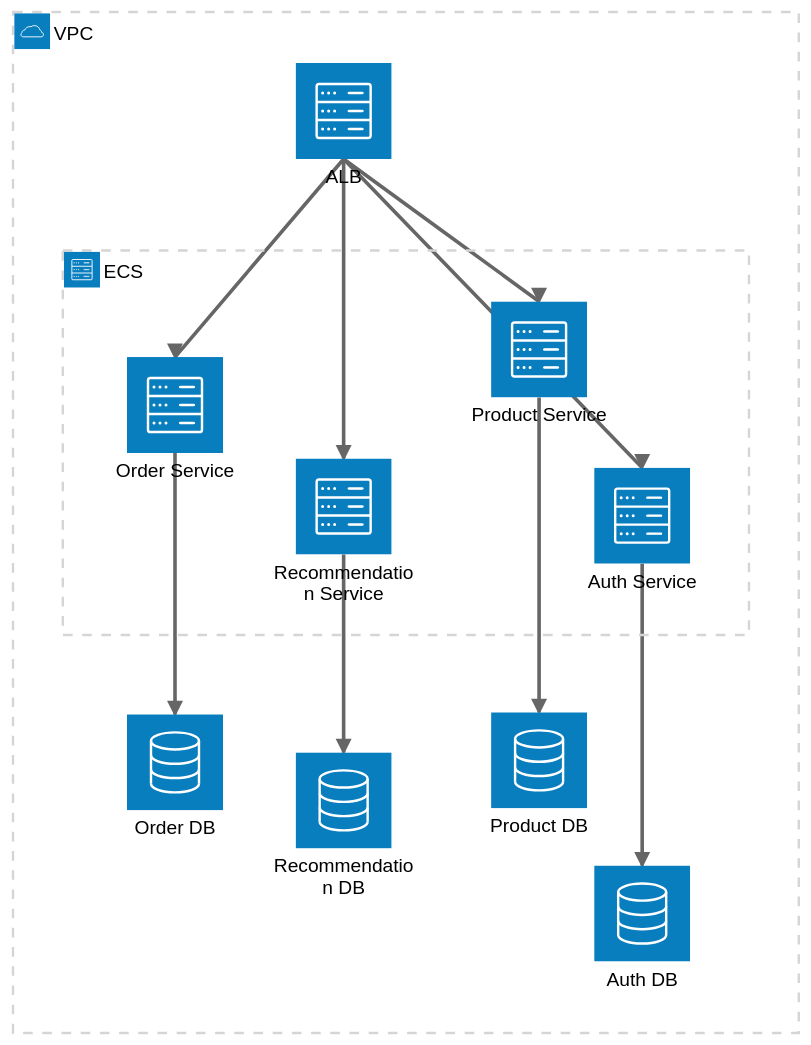
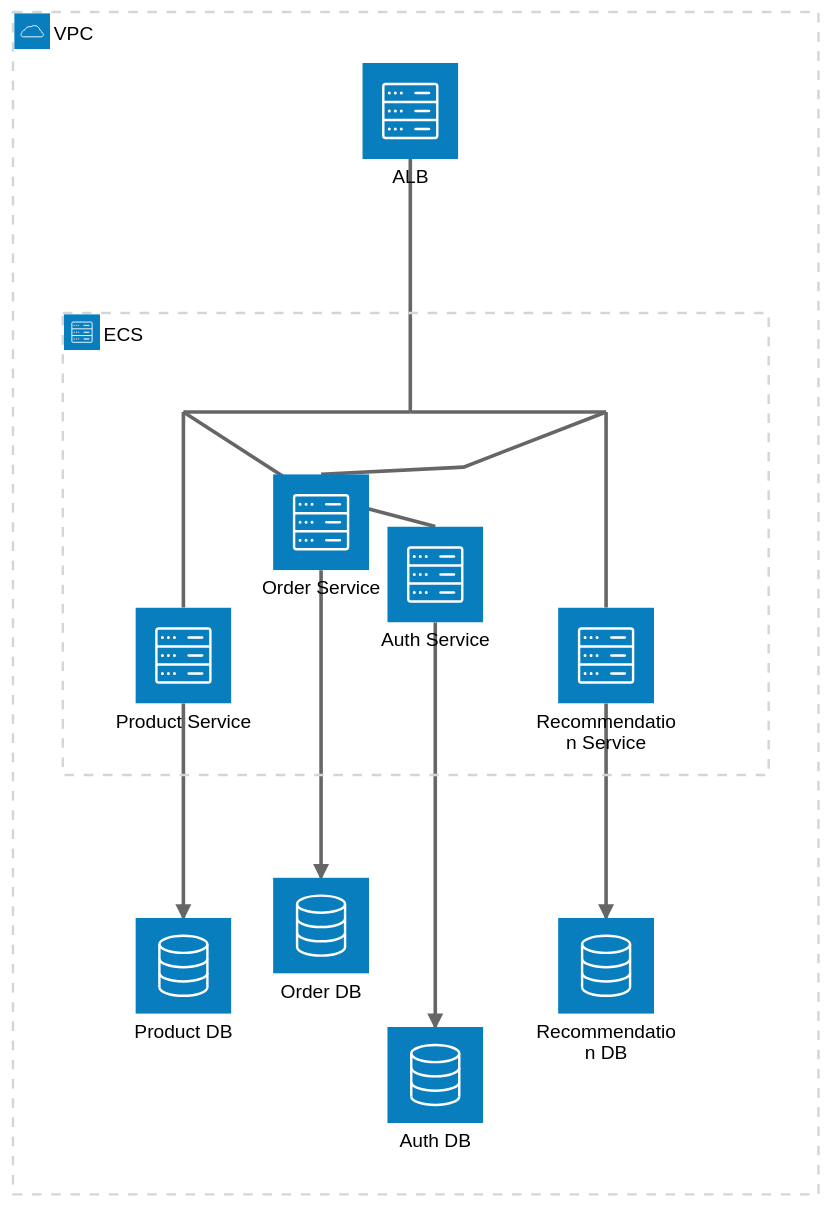
The second of 2 diagrams in latency-aficionados/README.md (rafaritter44/architecture-katas), drawn with Mermaid (neutral theme) before and after one commit.

Commit message:
Try using junctions

````diff
--- a/latency-aficionados/README.md
+++ b/latency-aficionados/README.md
@@ -75,29 +75,36 @@
 ```mermaid
 architecture-beta
     group vpc(cloud)[VPC]
     group ecs(server)[ECS] in vpc
 
     service alb(server)[ALB] in vpc
 
     service as(server)[Auth Service] in ecs
     service adb(database)[Auth DB] in vpc
 
     service ps(server)[Product Service] in ecs
     service pdb(database)[Product DB] in vpc
 
     service os(server)[Order Service] in ecs
     service odb(database)[Order DB] in vpc
 
     service rs(server)[Recommendation Service] in ecs
     service rdb(database)[Recommendation DB] in vpc
 
-    alb:B --> T:as
-    alb:B --> T:ps
-    alb:B --> T:os
-    alb:B --> T:rs
+    junction junctionCenter in ecs
+    junction junctionLeft in ecs
+    junction junctionRight in ecs
+
+    alb:B -- T:junctionCenter
+    junctionCenter:L -- R:junctionLeft
+    junctionCenter:R -- L:junctionRight
+    as:T -- B:junctionLeft
+    ps:T -- B:junctionLeft
+    os:T -- B:junctionRight
+    rs:T -- B:junctionRight
 
     as:B --> T:adb
     ps:B --> T:pdb
     os:B --> T:odb
     rs:B --> T:rdb
 ```
````
